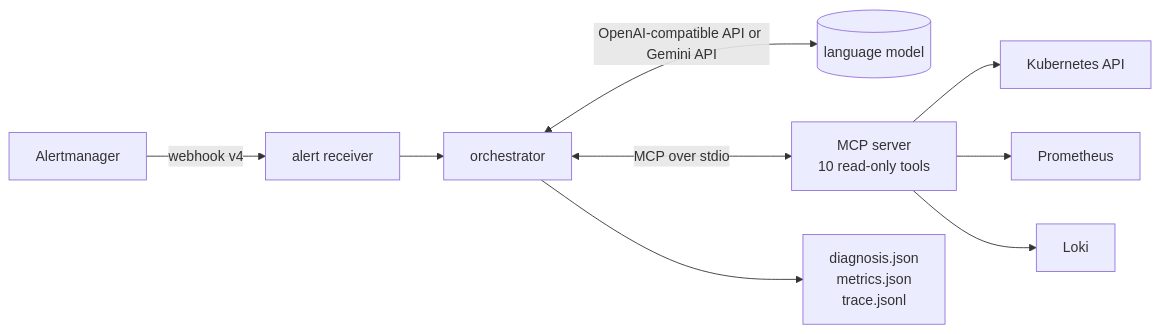
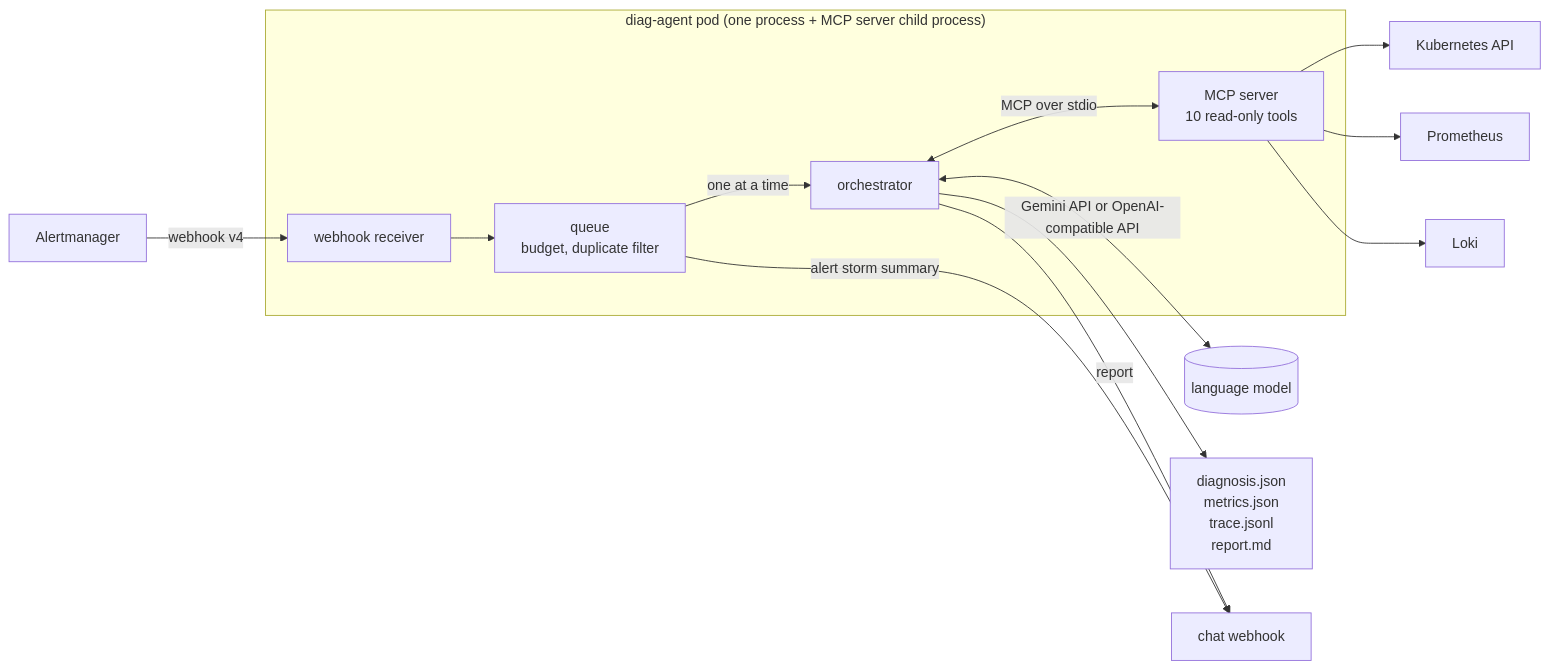
Before and after one commit to nojussta/k8s-diag-agent: the diagram in docs/architecture.md, drawn with Mermaid. The commit also changed other lines of this file and 5 other files, not shown here.

````diff
--- a/docs/architecture.md
+++ b/docs/architecture.md
@@ -5,11 +5,16 @@
 ```mermaid
 flowchart LR
-  AM[Alertmanager] -- "webhook v4" --> RX[alert receiver]
-  RX --> ORC[orchestrator]
-  ORC <-- "OpenAI-compatible API or Gemini API" --> LLM[(language model)]
-  ORC <-- "MCP over stdio" --> MCP[MCP server<br/>10 read-only tools]
+  AM[Alertmanager] -- "webhook v4" --> RX
+  subgraph POD["diag-agent pod (one process + MCP server child process)"]
+    RX[webhook receiver] --> Q[queue<br/>budget, duplicate filter]
+    Q -- "one at a time" --> ORC[orchestrator]
+    ORC <-- "MCP over stdio" --> MCP[MCP server<br/>10 read-only tools]
+  end
+  ORC <-- "Gemini API or OpenAI-compatible API" --> LLM[(language model)]
   MCP --> K8S[Kubernetes API]
   MCP --> PROM[Prometheus]
   MCP --> LOKI[Loki]
-  ORC --> OUT[diagnosis.json<br/>metrics.json<br/>trace.jsonl]
+  ORC --> OUT[diagnosis.json<br/>metrics.json<br/>trace.jsonl<br/>report.md]
+  ORC -- "report" --> CHAT[chat webhook]
+  Q -- "alert storm summary" --> CHAT
 ```
````
